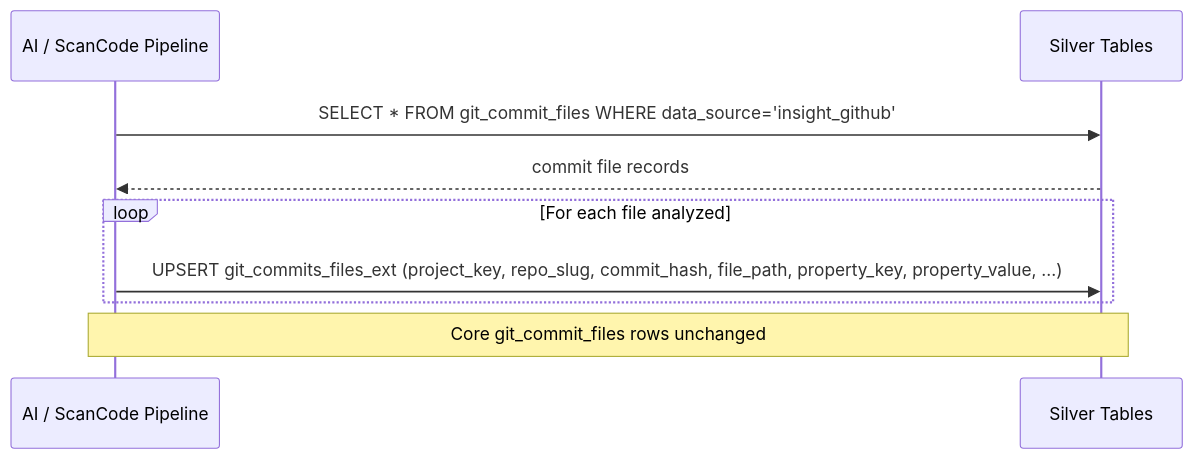
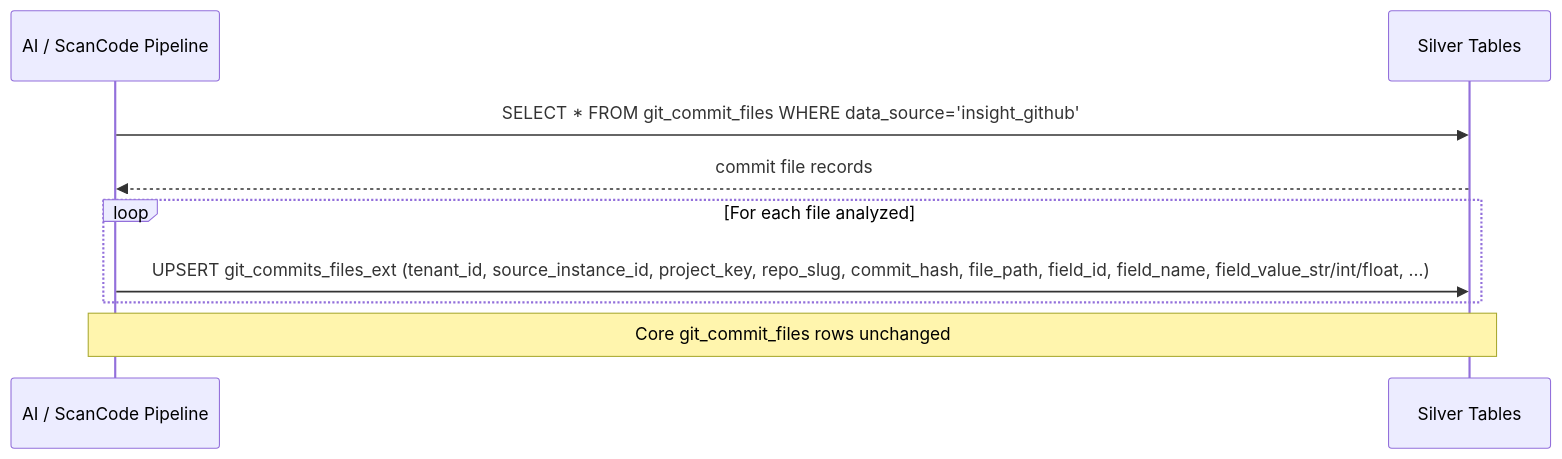
One commit to cyberantonz/insight changed the third of 3 diagrams in docs/components/connectors/git/github/specs/DESIGN.md. Above: the diagram before and after it, drawn with Mermaid. The commit also changed other lines of this file, not shown here.

Commit message:
feat(github): align DESIGN.md with canonical _ext schema and tenant_id/source_instance_id requirements

````diff
--- a/docs/components/connectors/git/github/specs/DESIGN.md
+++ b/docs/components/connectors/git/github/specs/DESIGN.md
@@ -621,12 +621,12 @@
 ```mermaid
 sequenceDiagram
     participant Pipeline as AI / ScanCode Pipeline
     participant DB as Silver Tables
 
     Pipeline ->> DB: SELECT * FROM git_commit_files WHERE data_source='insight_github'
     DB -->> Pipeline: commit file records
     loop For each file analyzed
-        Pipeline ->> DB: UPSERT git_commits_files_ext (project_key, repo_slug, commit_hash, file_path, property_key, property_value, ...)
+        Pipeline ->> DB: UPSERT git_commits_files_ext (tenant_id, source_instance_id, project_key, repo_slug, commit_hash, file_path, field_id, field_name, field_value_str/int/float, ...)
     end
     Note over Pipeline,DB: Core git_commit_files rows unchanged
 ```
````
